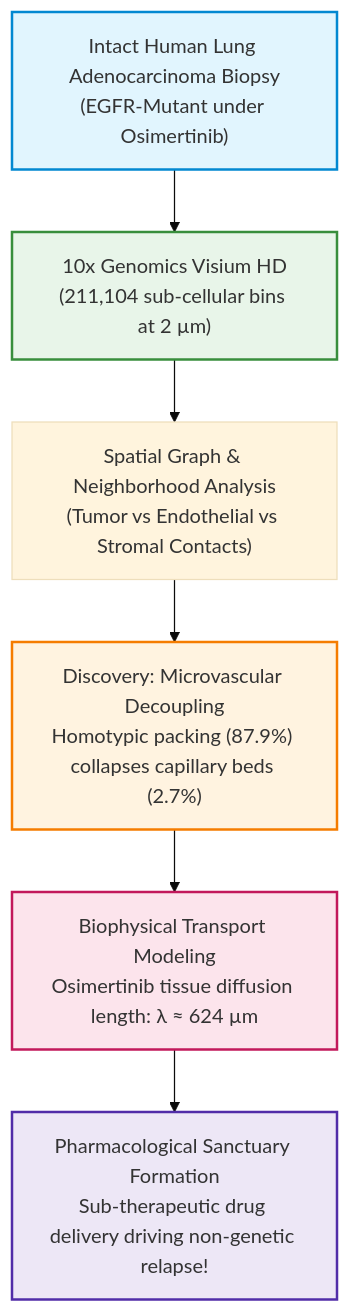
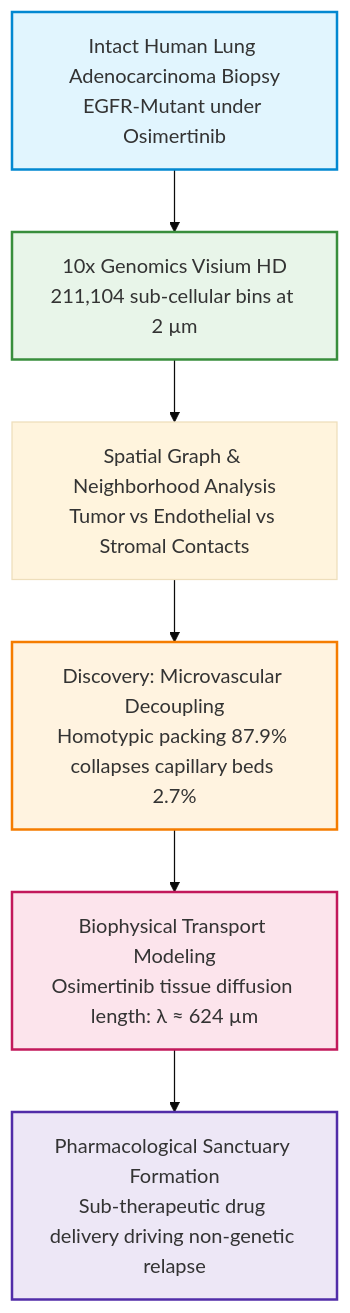
One commit to Lukecele/spatial-architecture-osimertinib changed the diagram in README.md. Above: the diagram before and after it, drawn with Mermaid (base theme).

Commit message:
fix(readme): sanitize mermaid labels and use clean line breaks

````diff
--- a/README.md
+++ b/README.md
@@ -28,14 +28,14 @@
 ```mermaid
 flowchart TD
-    Biopsy["Intact Human Lung Adenocarcinoma Biopsy<br>(EGFR-Mutant under Osimertinib)"] --> Visium["10x Genomics Visium HD<br>(211,104 sub-cellular bins at 2 µm)"]
-    Visium --> Pheno["Spatial Graph & Neighborhood Analysis<br>(Tumor vs Endothelial vs Stromal Contacts)"]
-    Pheno --> Decoupling["Discovery: Microvascular Decoupling<br>Homotypic packing (87.9%) collapses capillary beds (2.7%)"]
-    Decoupling --> Biophysics["Biophysical Transport Modeling<br>Osimertinib tissue diffusion length: λ ≈ 624 µm"]
-    Biophysics --> Sanctuary["Pharmacological Sanctuary Formation<br>Sub-therapeutic drug delivery driving non-genetic relapse!"]
+    Biopsy["Intact Human Lung Adenocarcinoma Biopsy<br/>EGFR-Mutant under Osimertinib"] --> Visium["10x Genomics Visium HD<br/>211,104 sub-cellular bins at 2 µm"]
+    Visium --> Pheno["Spatial Graph & Neighborhood Analysis<br/>Tumor vs Endothelial vs Stromal Contacts"]
+    Pheno --> Decoupling["Discovery: Microvascular Decoupling<br/>Homotypic packing 87.9% collapses capillary beds 2.7%"]
+    Decoupling --> Biophysics["Biophysical Transport Modeling<br/>Osimertinib tissue diffusion length: λ ≈ 624 µm"]
+    Biophysics --> Sanctuary["Pharmacological Sanctuary Formation<br/>Sub-therapeutic drug delivery driving non-genetic relapse"]
     
     style Biopsy fill:#e1f5fe,stroke:#0288d1,stroke-width:2px
     style Visium fill:#e8f5e9,stroke:#388e3c,stroke-width:2px
     style Decoupling fill:#fff3e0,stroke:#f57c00,stroke-width:2px
     style Biophysics fill:#fce4ec,stroke:#c2185b,stroke-width:2px
     style Sanctuary fill:#ede7f6,stroke:#512da8,stroke-width:2px
 ```
````
